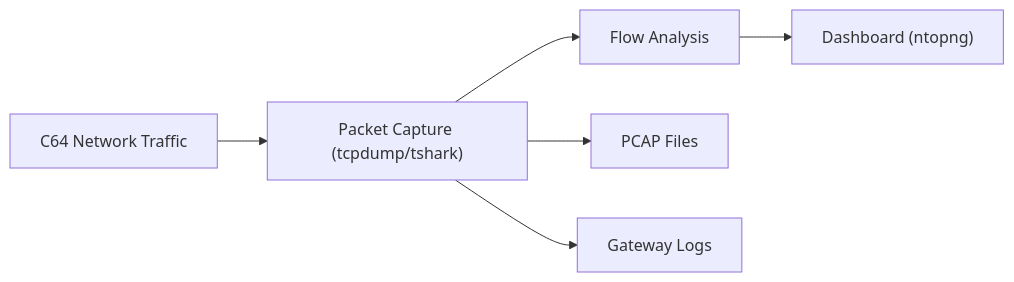
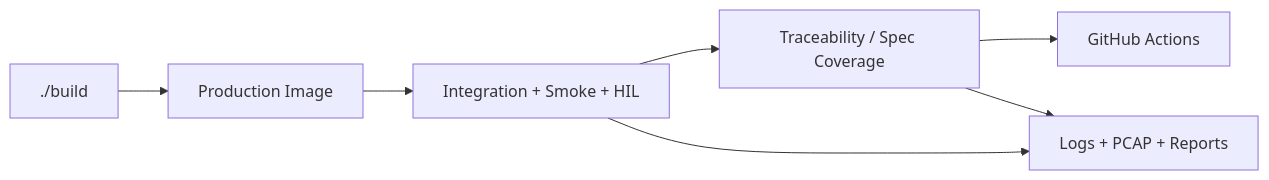
One commit to chrisgleissner/c64gate changed the fifth of 5 diagrams in doc/architecture.md. Above: the diagram before and after it, drawn with Mermaid. The commit also changed other lines of this file and 53 other files, not shown here.

````diff
--- a/doc/architecture.md
+++ b/doc/architecture.md
@@ -142,15 +605,16 @@
-``` mermaid
+```mermaid
 flowchart LR
-    C64["C64 Network Traffic"]
-    CAP["Packet Capture (tcpdump/tshark)"]
-    FLOW["Flow Analysis"]
-    DASH["Dashboard (ntopng)"]
-    PCAP["PCAP Files"]
-    LOG["Gateway Logs"]
+    BUILD["./build"]
+    IMG["Production Image"]
+    TEST["Integration + Smoke + HIL"]
+    SPEC["Traceability / Spec Coverage"]
+    CI["GitHub Actions"]
+    ART["Logs + PCAP + Reports"]
 
-    C64 --> CAP
-    CAP --> FLOW
-    CAP --> PCAP
-    CAP --> LOG
-    FLOW --> DASH
+    BUILD --> IMG
+    IMG --> TEST
+    TEST --> SPEC
+    SPEC --> CI
+    TEST --> ART
+    SPEC --> ART
 ```
````
